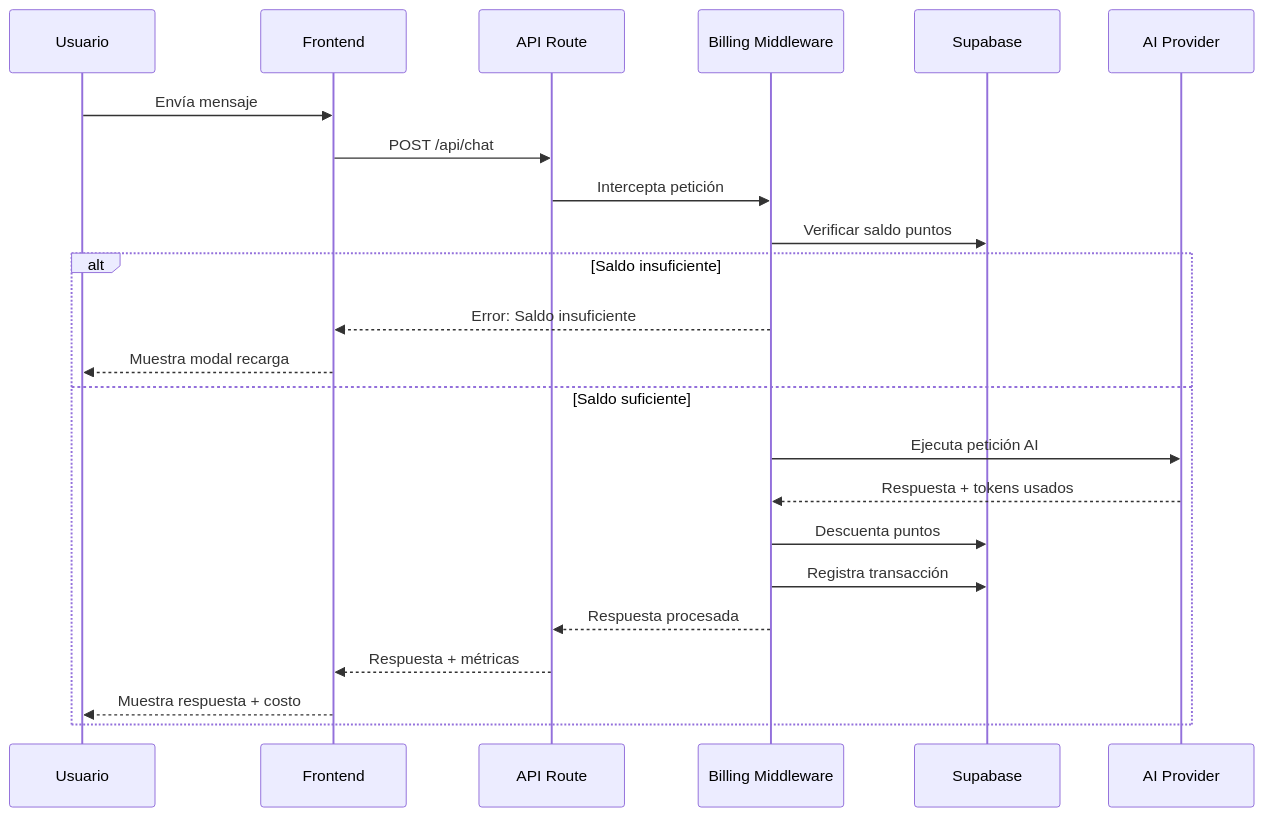
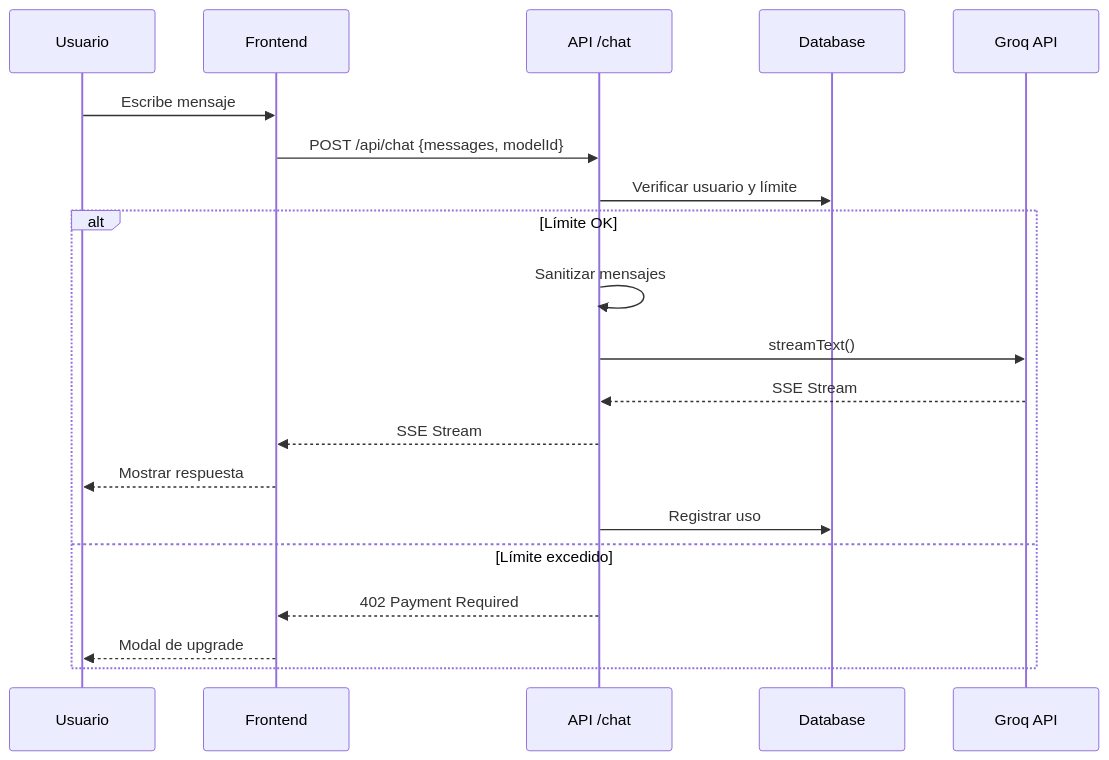
One commit to sebastianmalbaceda/aether-hub changed the second of 3 diagrams in plans/aether-hub-architecture.md. Above: the diagram before and after it, drawn with Mermaid. The commit also changed other lines of this file and 15 other files, not shown here.

````diff
--- a/plans/aether-hub-architecture.md
+++ b/plans/aether-hub-architecture.md
@@ -236,26 +204,23 @@
 ```mermaid
 sequenceDiagram
     participant U as Usuario
-    participant FE as Frontend
-    participant API as API Route
-    participant MW as Billing Middleware
-    participant DB as Supabase
-    participant AI as AI Provider
-    
-    U->>FE: Envía mensaje
-    FE->>API: POST /api/chat
-    API->>MW: Intercepta petición
-    MW->>DB: Verificar saldo puntos
-    alt Saldo insuficiente
-        MW-->>FE: Error: Saldo insuficiente
-        FE-->>U: Muestra modal recarga
-    else Saldo suficiente
-        MW->>AI: Ejecuta petición AI
-        AI-->>MW: Respuesta + tokens usados
-        MW->>DB: Descuenta puntos
-        MW->>DB: Registra transacción
-        MW-->>API: Respuesta procesada
-        API-->>FE: Respuesta + métricas
-        FE-->>U: Muestra respuesta + costo
+    participant F as Frontend
+    participant A as API /chat
+    participant D as Database
+    participant G as Groq API
+
+    U->>F: Escribe mensaje
+    F->>A: POST /api/chat {messages, modelId}
+    A->>D: Verificar usuario y límite
+    alt Límite OK
+        A->>A: Sanitizar mensajes
+        A->>G: streamText()
+        G-->>A: SSE Stream
+        A-->>F: SSE Stream
+        F-->>U: Mostrar respuesta
+        A->>D: Registrar uso
+    else Límite excedido
+        A-->>F: 402 Payment Required
+        F-->>U: Modal de upgrade
     end
 ```
````
